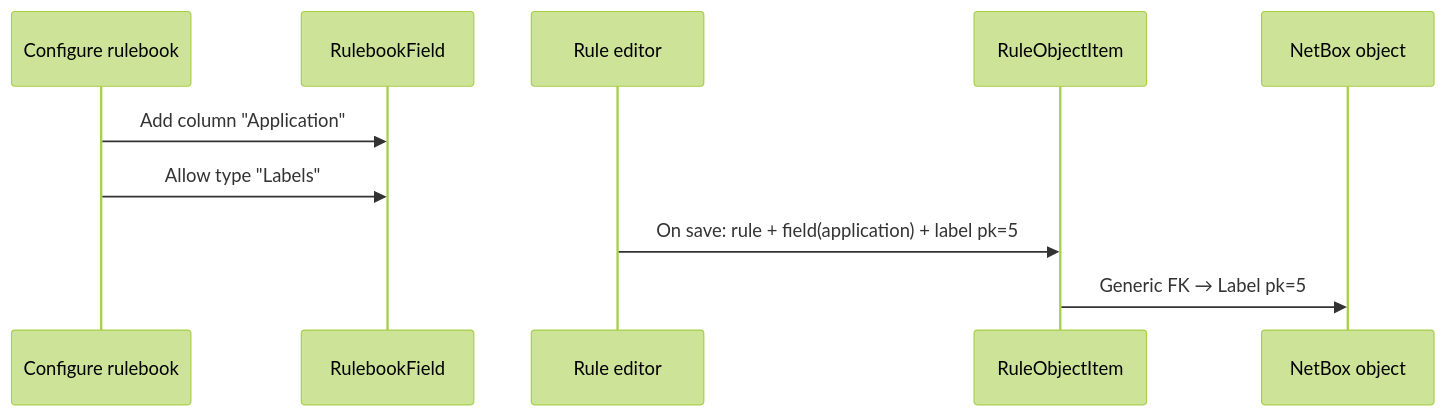
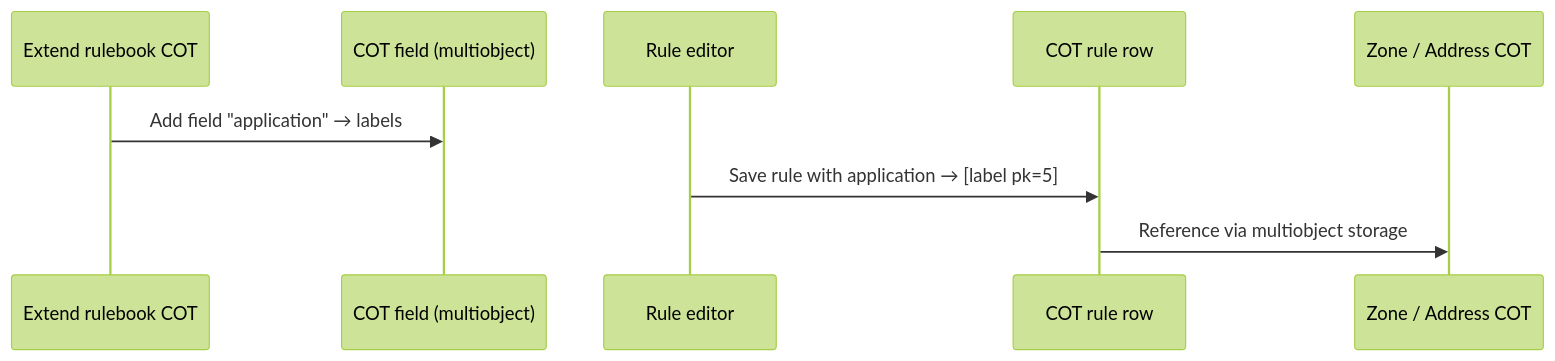
Before and after one commit to christianbur/netbox-nsm: the fifth of 5 diagrams in docs/RULE_DATA_STORAGE.md, drawn with Mermaid (forest theme). The commit also changed other lines of this file and 276 other files, not shown here.

````diff
--- a/docs/RULE_DATA_STORAGE.md
+++ b/docs/RULE_DATA_STORAGE.md
@@ -215,13 +194,12 @@
 ```mermaid
 sequenceDiagram
-    participant Admin as Configure rulebook
-    participant Field as RulebookField
+    participant Admin as Extend rulebook COT
+    participant Field as COT field (multiobject)
     participant Editor as Rule editor
-    participant Item as RuleObjectItem
-    participant Obj as NetBox object
+    participant Row as COT rule row
+    participant Obj as Zone / Address COT
 
-    Admin->>Field: Add column "Application"
-    Admin->>Field: Allow type "Labels"
-    Editor->>Item: On save: rule + field(application) + label pk=5
-    Item->>Obj: Generic FK → Label pk=5
+    Admin->>Field: Add field "application" → labels
+    Editor->>Row: Save rule with application → [label pk=5]
+    Row->>Obj: Reference via multiobject storage
 ```
````
